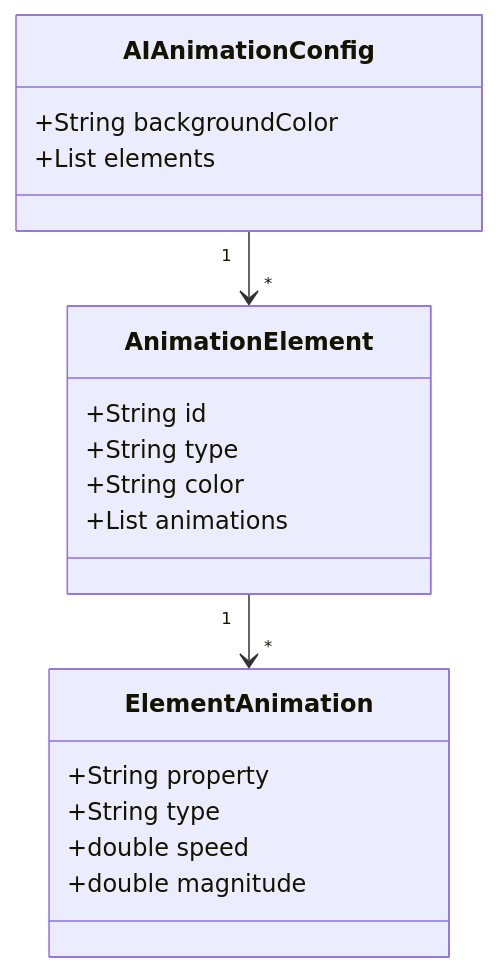
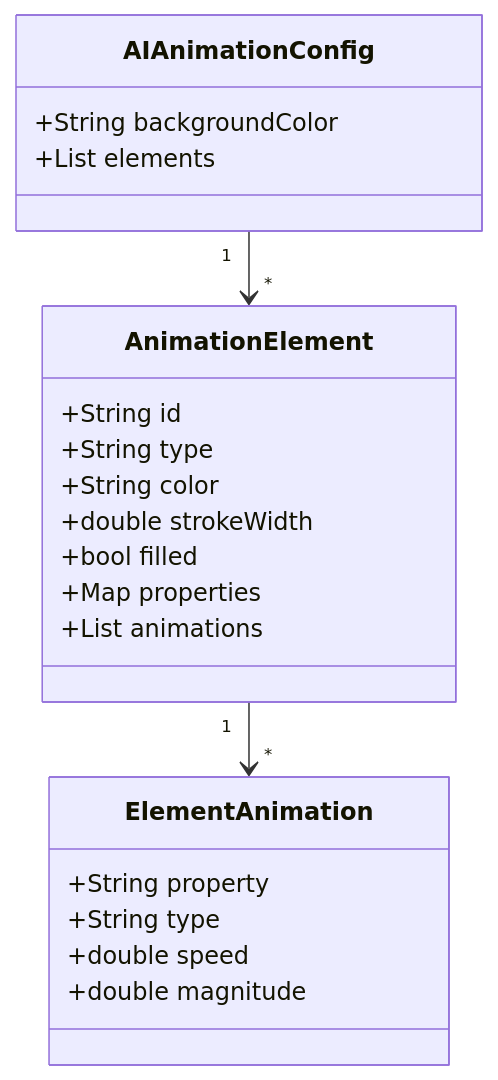
The fourth of 7 diagrams in GEMINI_INTEGRATION.md (muhammedashharps/stickman), drawn with Mermaid before and after one commit. The commit also changed other lines of this file, not shown here.

````diff
--- a/GEMINI_INTEGRATION.md
+++ b/GEMINI_INTEGRATION.md
@@ -194,24 +206,27 @@
 ```mermaid
 classDiagram
     class AIAnimationConfig {
         +String backgroundColor
         +List elements
     }
     
     class AnimationElement {
         +String id
         +String type
         +String color
+        +double strokeWidth
+        +bool filled
+        +Map properties
         +List animations
     }
     
     class ElementAnimation {
         +String property
         +String type
         +double speed
         +double magnitude
     }
     
     AIAnimationConfig "1" --> "*" AnimationElement
     AnimationElement "1" --> "*" ElementAnimation
 ```
````
